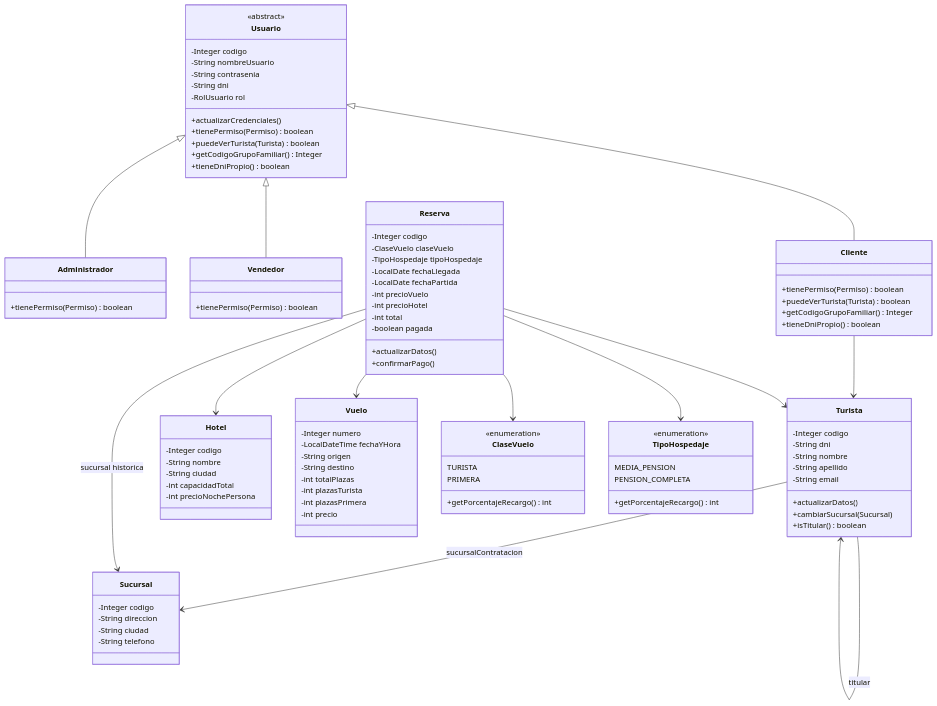
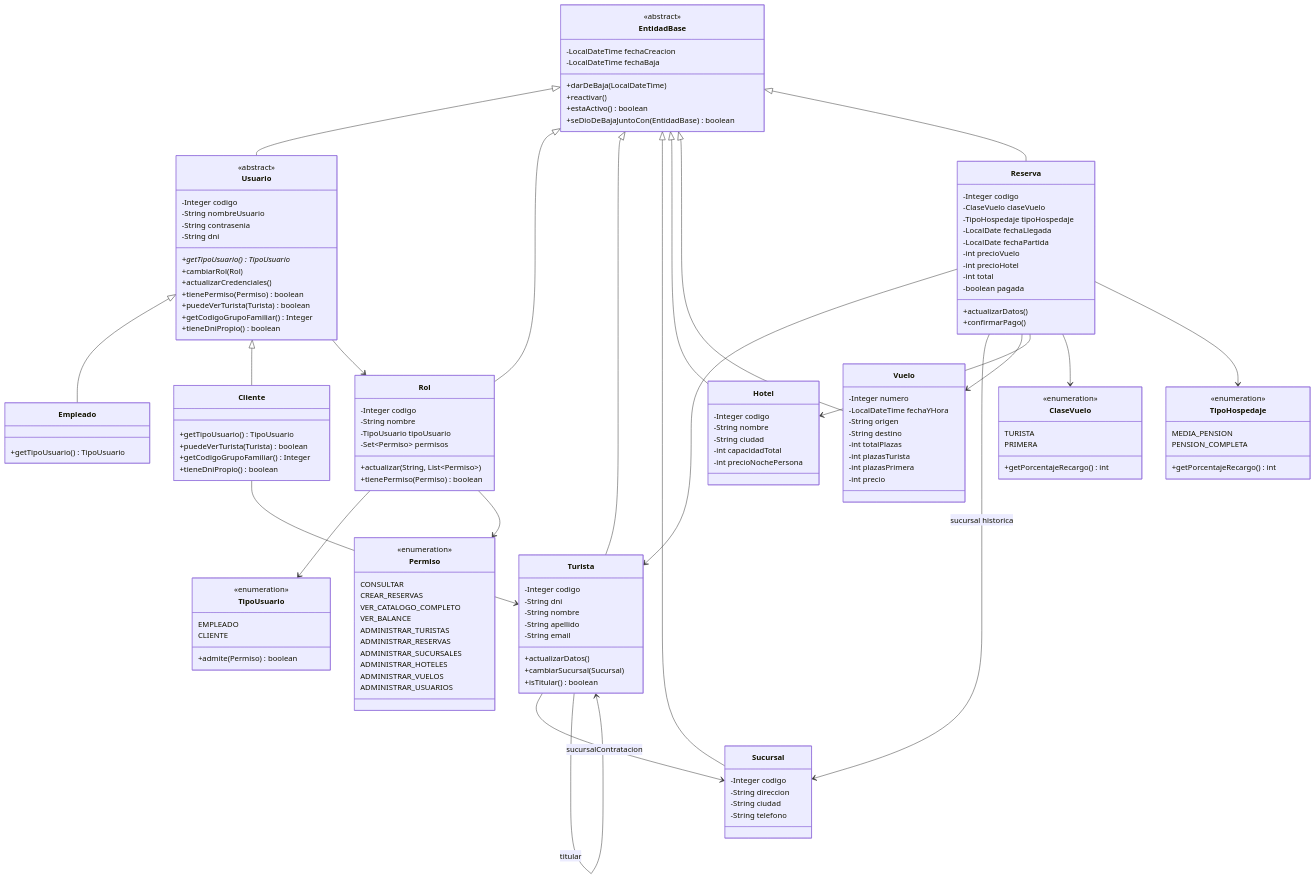
One commit to migmik/TPPrograII changed the second of 5 diagrams in docs/uml-tijetravel.md. Above: the diagram before and after it, drawn with Mermaid. The commit also changed other lines of this file and 2 other files, not shown here.

Commit message:
docs: actualiza UML, DER y README con roles y borrado lógico
Se documentan EntidadBase, Rol, Empleado y TipoUsuario, las tablas roles y rol_permisos, las columnas de baja y los índices únicos solo para registros activos.

````diff
--- a/docs/uml-tijetravel.md
+++ b/docs/uml-tijetravel.md
@@ -38,29 +38,63 @@
 ```mermaid
 classDiagram
+    class EntidadBase {
+        <<abstract>>
+        -LocalDateTime fechaCreacion
+        -LocalDateTime fechaBaja
+        +darDeBaja(LocalDateTime)
+        +reactivar()
+        +estaActivo() boolean
+        +seDioDeBajaJuntoCon(EntidadBase) boolean
+    }
     class Usuario {
         <<abstract>>
         -Integer codigo
         -String nombreUsuario
         -String contrasenia
         -String dni
-        -RolUsuario rol
+        +getTipoUsuario() TipoUsuario*
+        +cambiarRol(Rol)
         +actualizarCredenciales()
         +tienePermiso(Permiso) boolean
         +puedeVerTurista(Turista) boolean
         +getCodigoGrupoFamiliar() Integer
         +tieneDniPropio() boolean
     }
-    class Administrador {
-        +tienePermiso(Permiso) boolean
-    }
-    class Vendedor {
-        +tienePermiso(Permiso) boolean
+    class Empleado {
+        +getTipoUsuario() TipoUsuario
     }
     class Cliente {
-        +tienePermiso(Permiso) boolean
+        +getTipoUsuario() TipoUsuario
         +puedeVerTurista(Turista) boolean
         +getCodigoGrupoFamiliar() Integer
         +tieneDniPropio() boolean
+    }
+    class Rol {
+        -Integer codigo
+        -String nombre
+        -TipoUsuario tipoUsuario
+        -Set~Permiso~ permisos
+        +actualizar(String, List~Permiso~)
+        +tienePermiso(Permiso) boolean
+    }
+    class TipoUsuario {
+        <<enumeration>>
+        EMPLEADO
+        CLIENTE
+        +admite(Permiso) boolean
+    }
+    class Permiso {
+        <<enumeration>>
+        CONSULTAR
+        CREAR_RESERVAS
+        VER_CATALOGO_COMPLETO
+        VER_BALANCE
+        ADMINISTRAR_TURISTAS
+        ADMINISTRAR_RESERVAS
+        ADMINISTRAR_SUCURSALES
+        ADMINISTRAR_HOTELES
+        ADMINISTRAR_VUELOS
+        ADMINISTRAR_USUARIOS
     }
     class Turista {
         -Integer codigo
@@ -121,9 +155,18 @@
         +getPorcentajeRecargo() int
     }
 
-    Usuario <|-- Administrador
-    Usuario <|-- Vendedor
+    EntidadBase <|-- Usuario
+    EntidadBase <|-- Rol
+    EntidadBase <|-- Turista
+    EntidadBase <|-- Sucursal
+    EntidadBase <|-- Hotel
+    EntidadBase <|-- Vuelo
+    EntidadBase <|-- Reserva
+    Usuario <|-- Empleado
     Usuario <|-- Cliente
+    Usuario --> Rol
+    Rol --> TipoUsuario
+    Rol --> Permiso
     Cliente --> Turista
     Turista --> Sucursal : sucursalContratacion
     Turista --> Turista : titular
````
